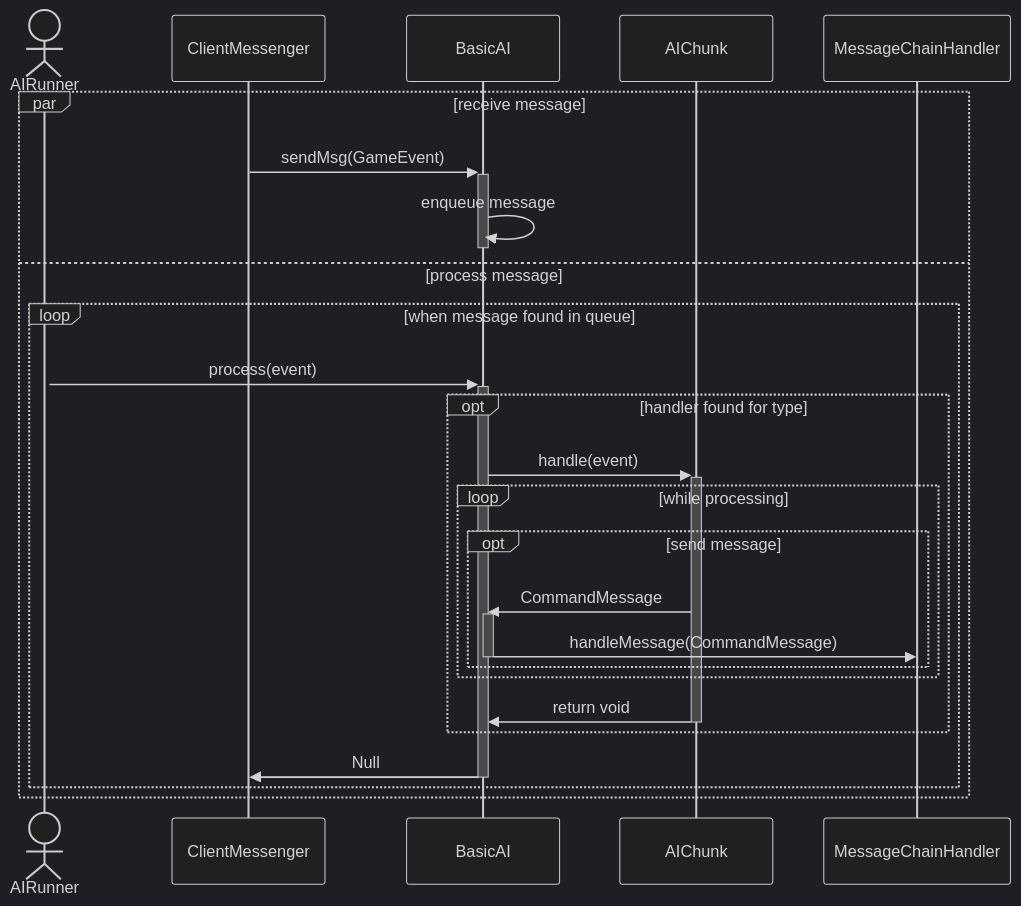
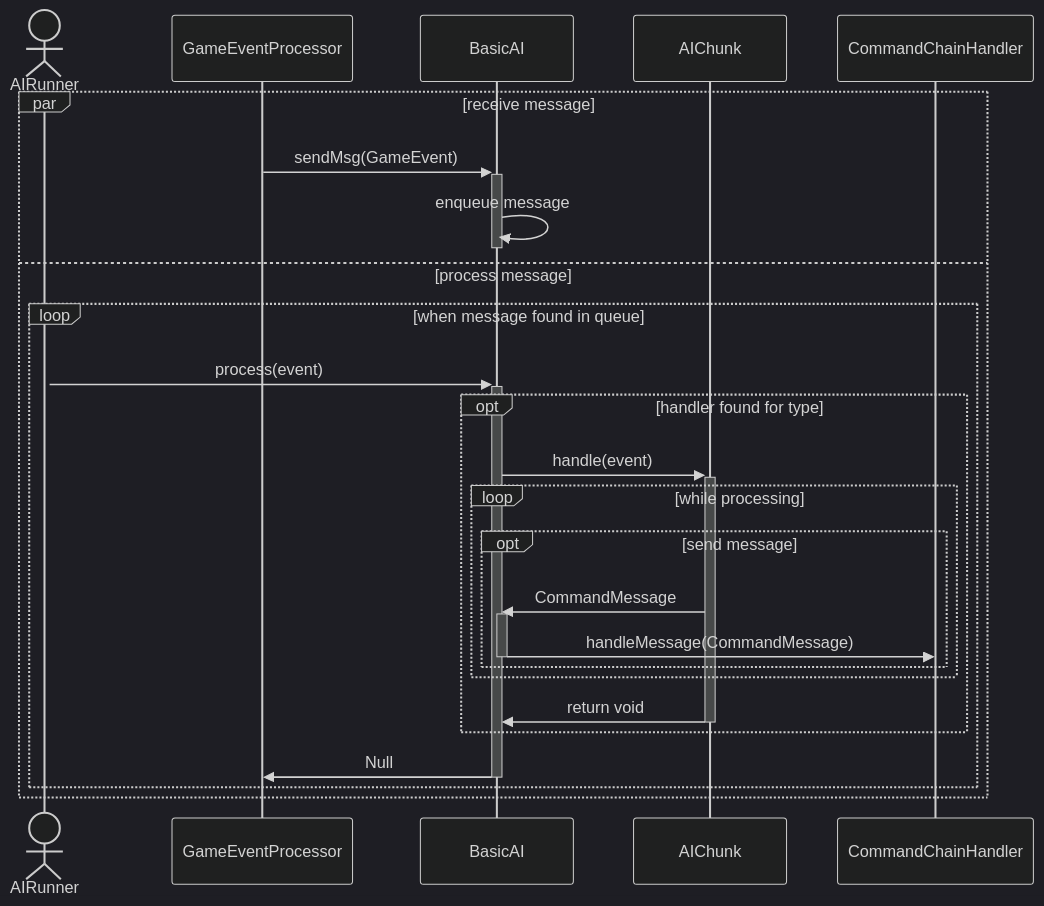
Before and after one commit to GeenDutchman/LHF-MUD: the diagram in gameserver/src/main/java/com/lhf/game/creature/intelligence/README.md, drawn with Mermaid (dark theme). The commit also changed 44 other files, not shown here.

````diff
--- a/gameserver/src/main/java/com/lhf/game/creature/intelligence/README.md
+++ b/gameserver/src/main/java/com/lhf/game/creature/intelligence/README.md
@@ -5,26 +5,26 @@
 ```mermaid
 sequenceDiagram
     actor AIRunner
     activate AIRunner
     par receive message
-        ClientMessenger ->>+ BasicAI : sendMsg(GameEvent)
+        GameEventProcessor ->>+ BasicAI : sendMsg(GameEvent)
         BasicAI ->>- BasicAI : enqueue message
     and process message
         loop when message found in queue
             AIRunner ->>+ BasicAI : process(event)
             opt handler found for type
                 BasicAI ->>+ AIChunk : handle(event)
                 loop while processing
                     opt send message
                         AIChunk ->>+ BasicAI: CommandMessage
-                        BasicAI ->> MessageChainHandler: handleMessage(CommandMessage)
+                        BasicAI ->> CommandChainHandler: handleMessage(CommandMessage)
                         deactivate BasicAI
                     end
                 end
                 AIChunk ->>- BasicAI: return void
             end
-            BasicAI ->>- ClientMessenger: Null
+            BasicAI ->>- GameEventProcessor: Null
         end
     end
 
 ```
````
